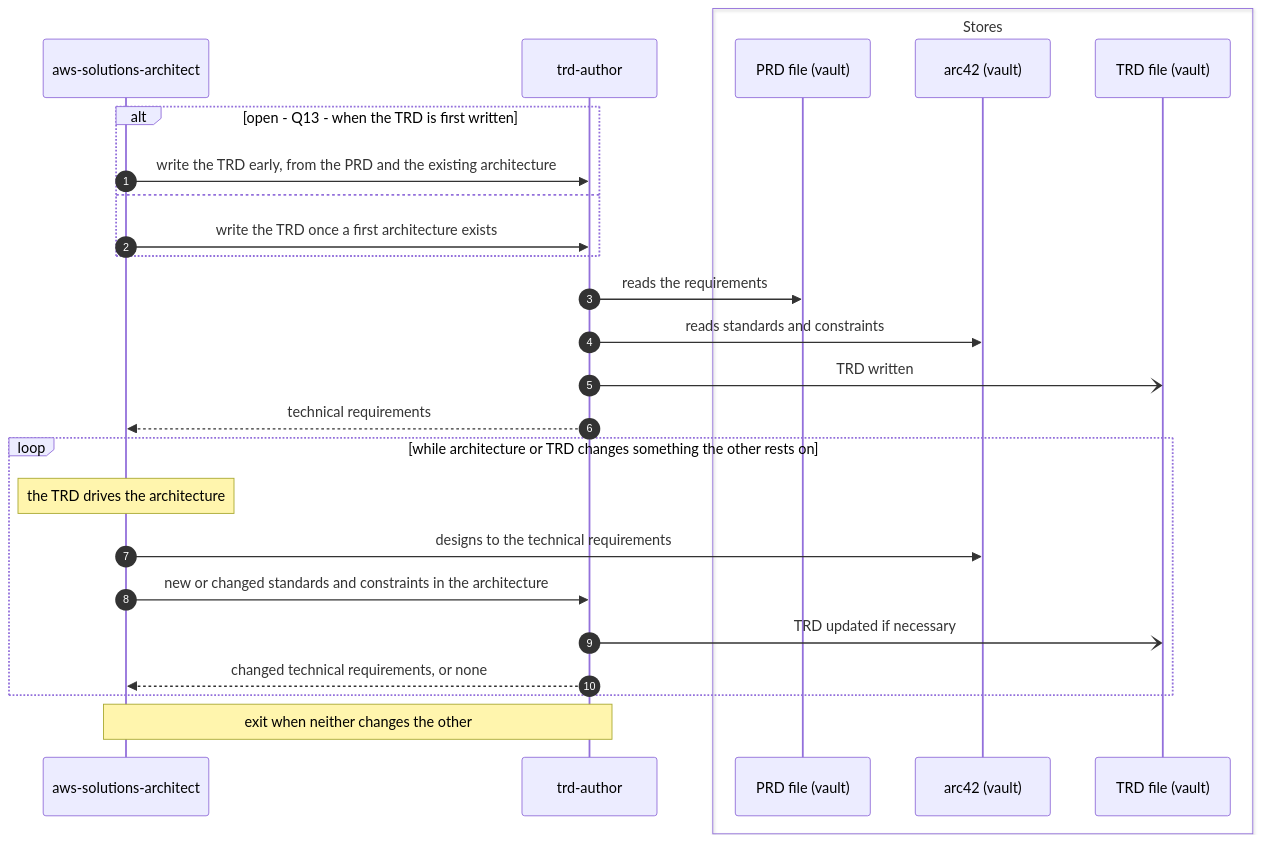
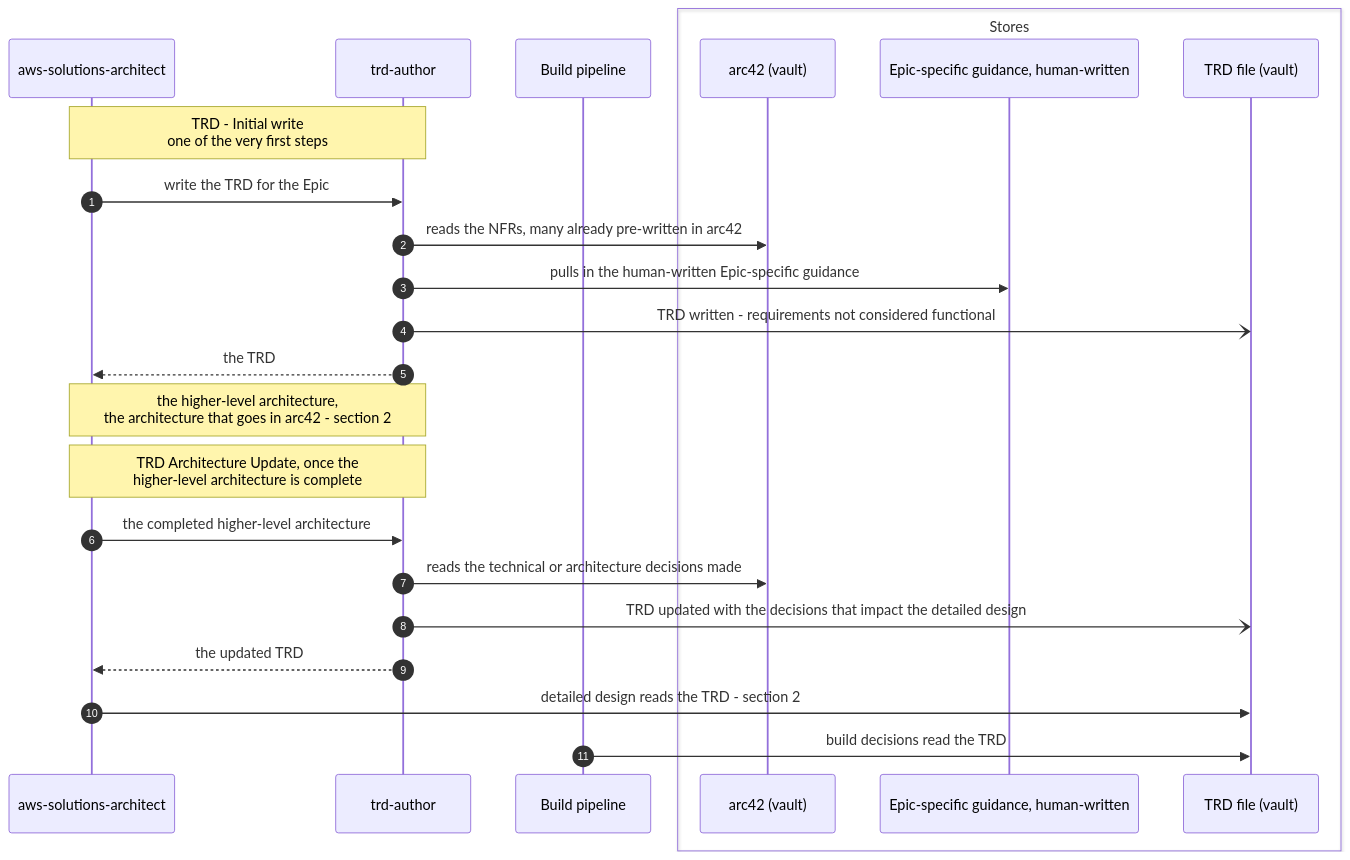
The fourth of 8 diagrams in plugins/agent-teams-workforce/blueprint/design/pipelines-elaboration.md (mark-satterfield/toolset), drawn with Mermaid before and after one commit. The commit also changed other lines of this file, not shown here.

First line of the commit message:
docs(blueprint): draw the TRD initial write and architecture update in elaboration

````diff
--- a/plugins/agent-teams-workforce/blueprint/design/pipelines-elaboration.md
+++ b/plugins/agent-teams-workforce/blueprint/design/pipelines-elaboration.md
@@ -298,29 +320,27 @@
 ```mermaid
 sequenceDiagram
     autonumber
     participant SA as aws-solutions-architect
     participant TRD as trd-author
+    participant B as Build pipeline
     box Stores
-        participant PRD as PRD file (vault)
         participant A42 as arc42 (vault)
+        participant G as Epic-specific guidance, human-written
         participant T as TRD file (vault)
     end
 
-    alt open - Q13 - when the TRD is first written
-        SA->>TRD: write the TRD early, from the PRD and the existing architecture
-    else
-        SA->>TRD: write the TRD once a first architecture exists
-    end
-    TRD->>PRD: reads the requirements
-    TRD->>A42: reads standards and constraints
-    TRD-)T: TRD written
-    TRD-->>SA: technical requirements
-    loop while architecture or TRD changes something the other rests on
-        Note over SA: the TRD drives the architecture
-        SA->>A42: designs to the technical requirements
-        SA->>TRD: new or changed standards and constraints in the architecture
-        TRD-)T: TRD updated if necessary
-        TRD-->>SA: changed technical requirements, or none
-    end
-    Note over SA,TRD: exit when neither changes the other
+    Note over SA,TRD: TRD - Initial write<br/>one of the very first steps
+    SA->>TRD: write the TRD for the Epic
+    TRD->>A42: reads the NFRs, many already pre-written in arc42
+    TRD->>G: pulls in the human-written Epic-specific guidance
+    TRD-)T: TRD written - requirements not considered functional
+    TRD-->>SA: the TRD
+    Note over SA,TRD: the higher-level architecture,<br/>the architecture that goes in arc42 - section 2
+    Note over SA,TRD: TRD Architecture Update, once the<br/>higher-level architecture is complete
+    SA->>TRD: the completed higher-level architecture
+    TRD->>A42: reads the technical or architecture decisions made
+    TRD-)T: TRD updated with the decisions that impact the detailed design
+    TRD-->>SA: the updated TRD
+    SA->>T: detailed design reads the TRD - section 2
+    B->>T: build decisions read the TRD
 ```
````
